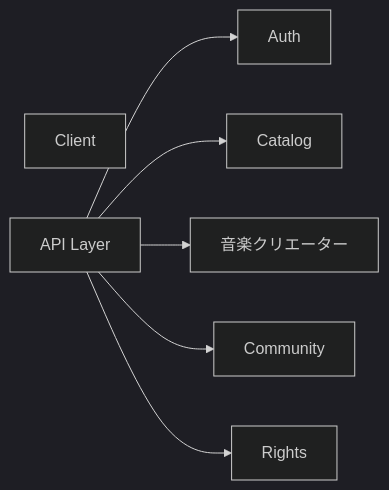
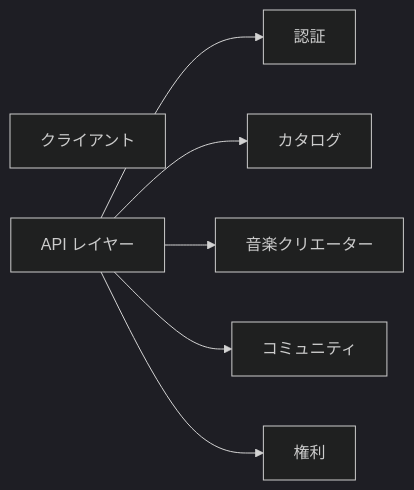
One commit to ShigeichiroYamasaki/creator-first-platform changed the ninth of 47 diagrams in docs/whitepaper/12-infrastructure-cost.md. Above: the diagram before and after it, drawn with Mermaid (dark theme). The commit also changed other lines of this file and 72 other files, not shown here.

````diff
--- a/docs/whitepaper/12-infrastructure-cost.md
+++ b/docs/whitepaper/12-infrastructure-cost.md
@@ -373,11 +373,11 @@
 ```mermaid
 flowchart LR
-    CLIENT[Client]
-    API[API Layer]
+    CLIENT[クライアント]
+    API[API レイヤー]
 
-    API --> AUTH[Auth]
-    API --> CATALOG[Catalog]
+    API --> AUTH[認証]
+    API --> CATALOG[カタログ]
     API --> CREATOR[音楽クリエーター]
-    API --> COMMUNITY[Community]
-    API --> RIGHTS[Rights]
+    API --> COMMUNITY[コミュニティ]
+    API --> RIGHTS[権利]
 ```
````
